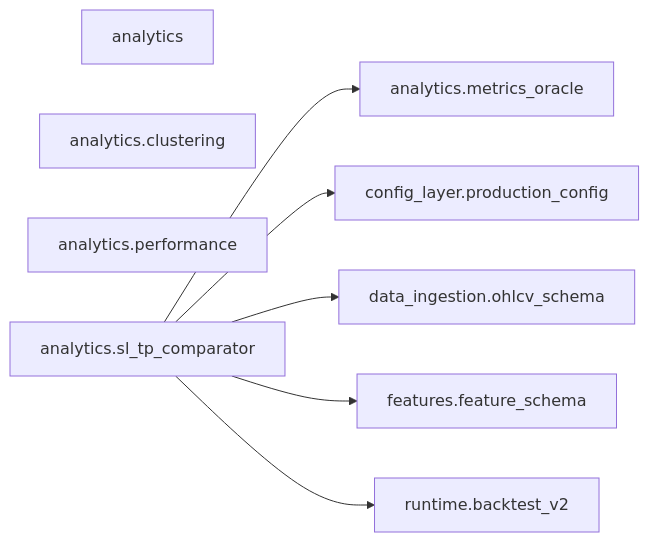
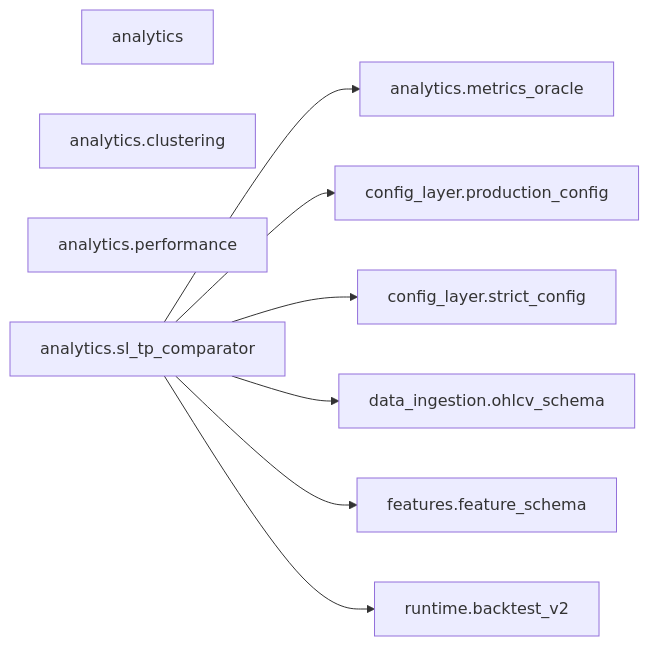
Before and after one commit to Chaithu1995-0312/TradeHlt: the third of 41 diagrams in docs/architecture/code-map.generated.md, drawn with Mermaid. The commit also changed other lines of this file and 6 other files, not shown here.

````diff
--- a/docs/architecture/code-map.generated.md
+++ b/docs/architecture/code-map.generated.md
@@ -335,17 +350,19 @@
 ```mermaid
 flowchart LR
     analytics["analytics"]
     analytics_clustering["analytics.clustering"]
     analytics_metrics_oracle["analytics.metrics_oracle"]
     analytics_performance["analytics.performance"]
     analytics_sl_tp_comparator["analytics.sl_tp_comparator"]
     config_layer_production_config["config_layer.production_config"]
+    config_layer_strict_config["config_layer.strict_config"]
     data_ingestion_ohlcv_schema["data_ingestion.ohlcv_schema"]
     features_feature_schema["features.feature_schema"]
     runtime_backtest_v2["runtime.backtest_v2"]
     analytics_sl_tp_comparator --> analytics_metrics_oracle
     analytics_sl_tp_comparator --> config_layer_production_config
+    analytics_sl_tp_comparator --> config_layer_strict_config
     analytics_sl_tp_comparator --> data_ingestion_ohlcv_schema
     analytics_sl_tp_comparator --> features_feature_schema
     analytics_sl_tp_comparator --> runtime_backtest_v2
 ```
````
